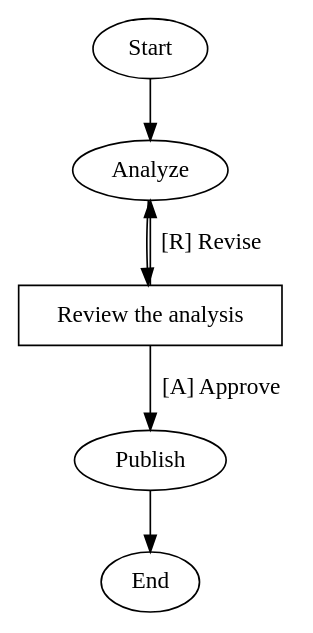
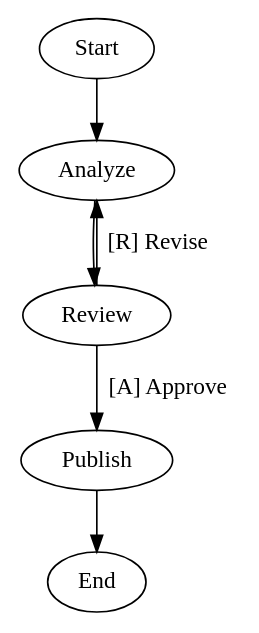
Diagram 16 of 26 in site/docs/workflows/pipelines.md (stencila/stencila), drawn with Graphviz before and after one commit. The commit also changed other lines of this file and 20 other files, not shown here.

````diff
--- a/site/docs/workflows/pipelines.md
+++ b/site/docs/workflows/pipelines.md
@@ -548,17 +550,17 @@
 ```dot
 digraph PeerReview {
   graph [goal="Analyze experimental results"]
 
   Start -> Analyze
 
   Analyze [prompt="Analyze the experimental data and summarize results"]
   Analyze -> Review
 
-  Review [shape=human, label="Review the analysis"]
+  Review [ask="Review the analysis"]
   Review -> Publish [label="[A] Approve"]
   Review -> Analyze [label="[R] Revise"]
 
   Publish [prompt="Format the approved results for publication"]
   Publish -> End
 }
 ```
````
